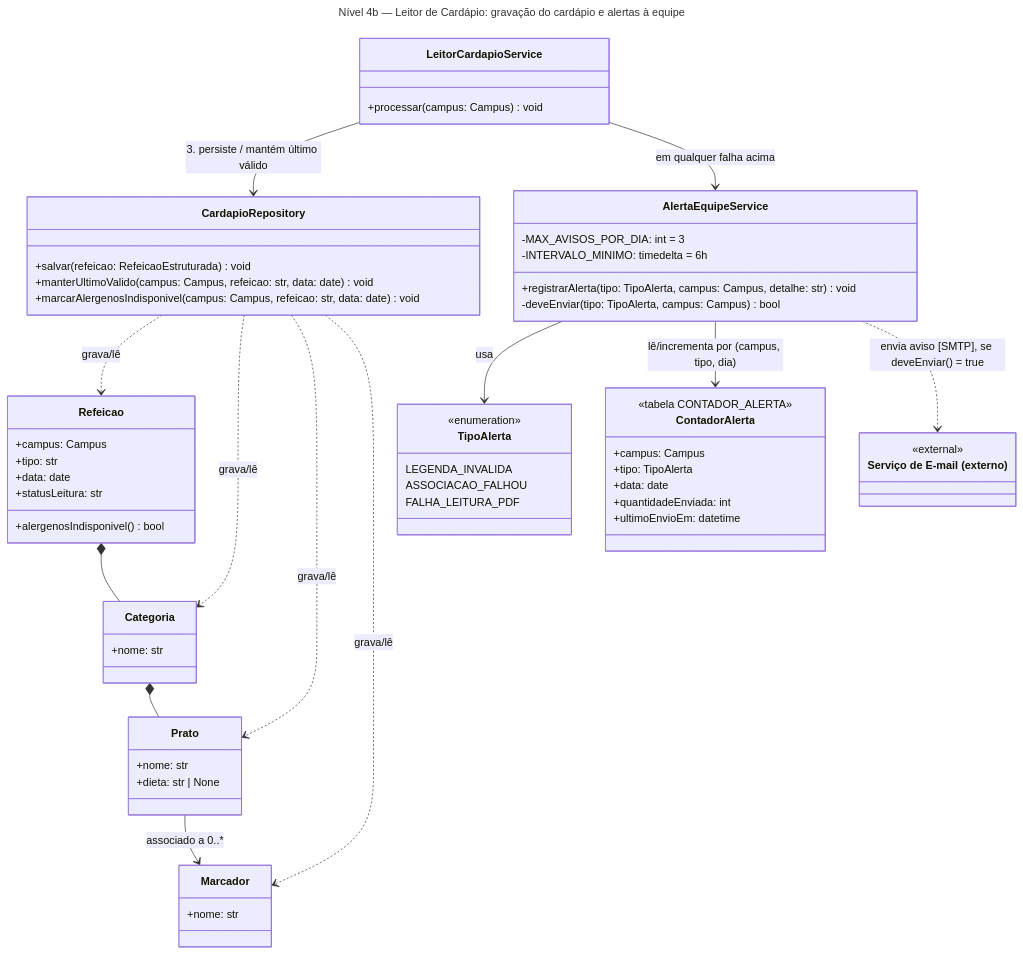
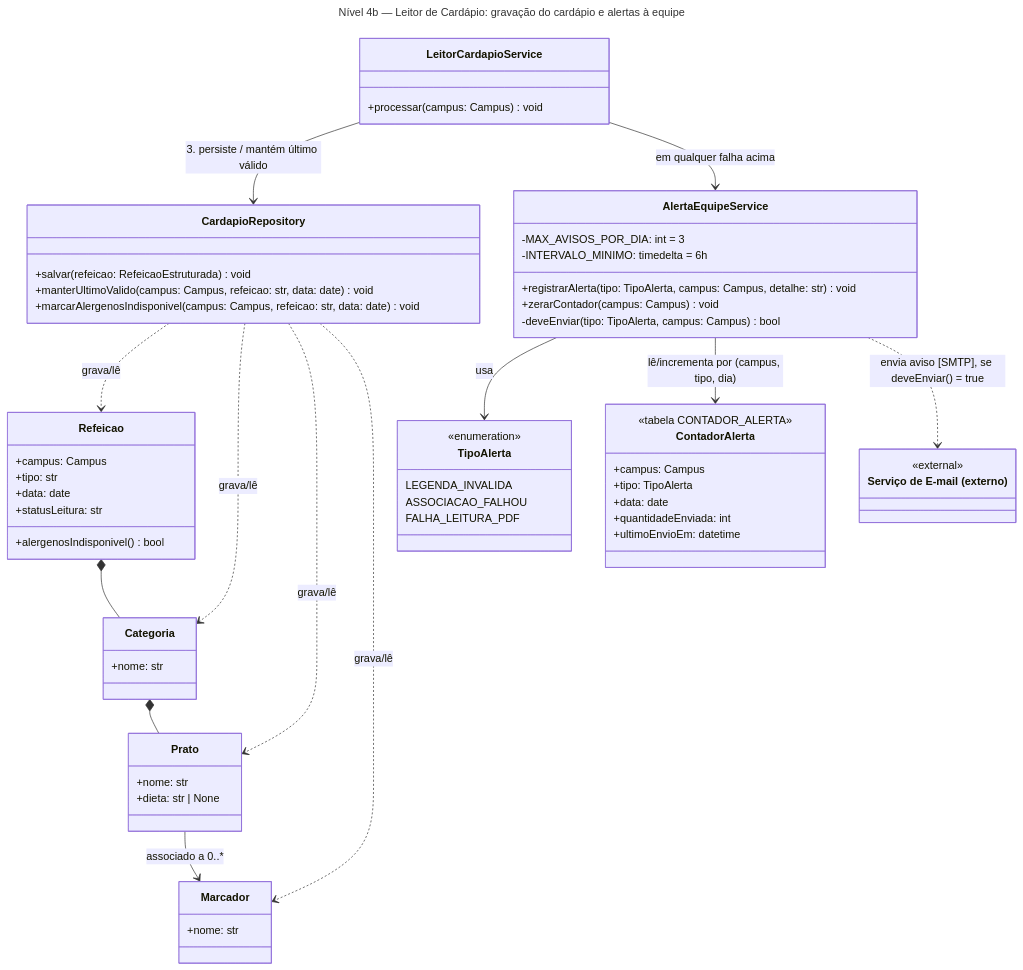
One commit to unb-mds/2026-2-Bandejao-UnB changed the second of 3 diagrams in docs/arquitetura/backend/c4-nivel-4-leitor-cardapio.md. Above: the diagram before and after it, drawn with Mermaid. The commit also changed other lines of this file and 5 other files, not shown here.

````diff
--- a/docs/arquitetura/backend/c4-nivel-4-leitor-cardapio.md
+++ b/docs/arquitetura/backend/c4-nivel-4-leitor-cardapio.md
@@ -162,67 +163,68 @@
 ```mermaid
 ---
 title: "Nível 4b — Leitor de Cardápio: gravação do cardápio e alertas à equipe"
 ---
 classDiagram
   class LeitorCardapioService {
     +processar(campus: Campus) void
   }
   class CardapioRepository {
     +salvar(refeicao: RefeicaoEstruturada) void
     +manterUltimoValido(campus: Campus, refeicao: str, data: date) void
     +marcarAlergenosIndisponivel(campus: Campus, refeicao: str, data: date) void
   }
   class Refeicao {
     +campus: Campus
     +tipo: str
     +data: date
     +statusLeitura: str
     +alergenosIndisponivel() bool
   }
   class Categoria {
     +nome: str
   }
   class Prato {
     +nome: str
     +dieta: str | None
   }
   class Marcador {
     +nome: str
   }
   class AlertaEquipeService {
     +registrarAlerta(tipo: TipoAlerta, campus: Campus, detalhe: str) void
+    +zerarContador(campus: Campus) void
     -deveEnviar(tipo: TipoAlerta, campus: Campus) bool
     -MAX_AVISOS_POR_DIA: int = 3
     -INTERVALO_MINIMO: timedelta = 6h
   }
   class TipoAlerta {
     <<enumeration>>
     LEGENDA_INVALIDA
     ASSOCIACAO_FALHOU
     FALHA_LEITURA_PDF
   }
   class ContadorAlerta {
     <<tabela CONTADOR_ALERTA>>
     +campus: Campus
     +tipo: TipoAlerta
     +data: date
     +quantidadeEnviada: int
     +ultimoEnvioEm: datetime
   }
   class EmailSvc["Serviço de E-mail (externo)"] {
     <<external>>
   }
 
   LeitorCardapioService --> CardapioRepository : 3. persiste / mantém último válido
   LeitorCardapioService --> AlertaEquipeService : em qualquer falha acima
   AlertaEquipeService --> TipoAlerta : usa
   AlertaEquipeService --> ContadorAlerta : lê/incrementa por (campus, tipo, dia)
   AlertaEquipeService ..> EmailSvc : envia aviso [SMTP], se deveEnviar() = true
   CardapioRepository ..> Refeicao : grava/lê
   CardapioRepository ..> Categoria : grava/lê
   CardapioRepository ..> Prato : grava/lê
   CardapioRepository ..> Marcador : grava/lê
   Refeicao *-- Categoria
   Categoria *-- Prato
   Prato --> Marcador : associado a 0..*
 ```
````
